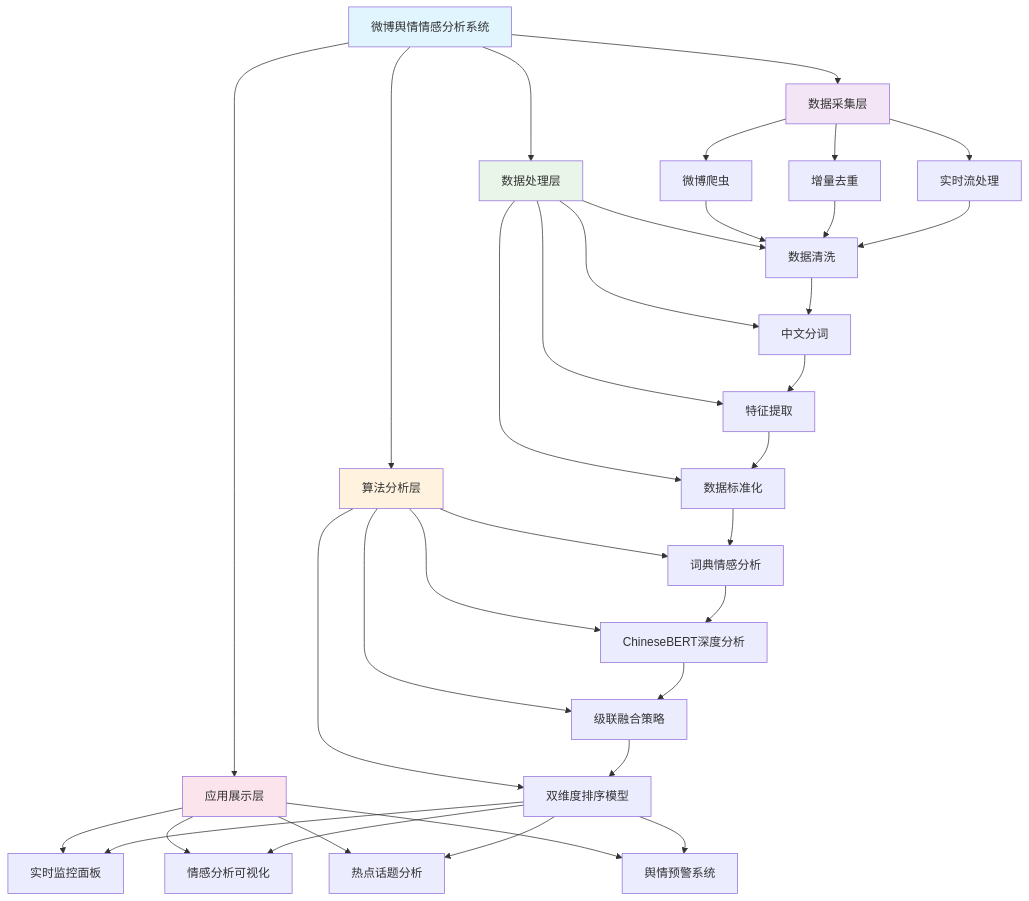
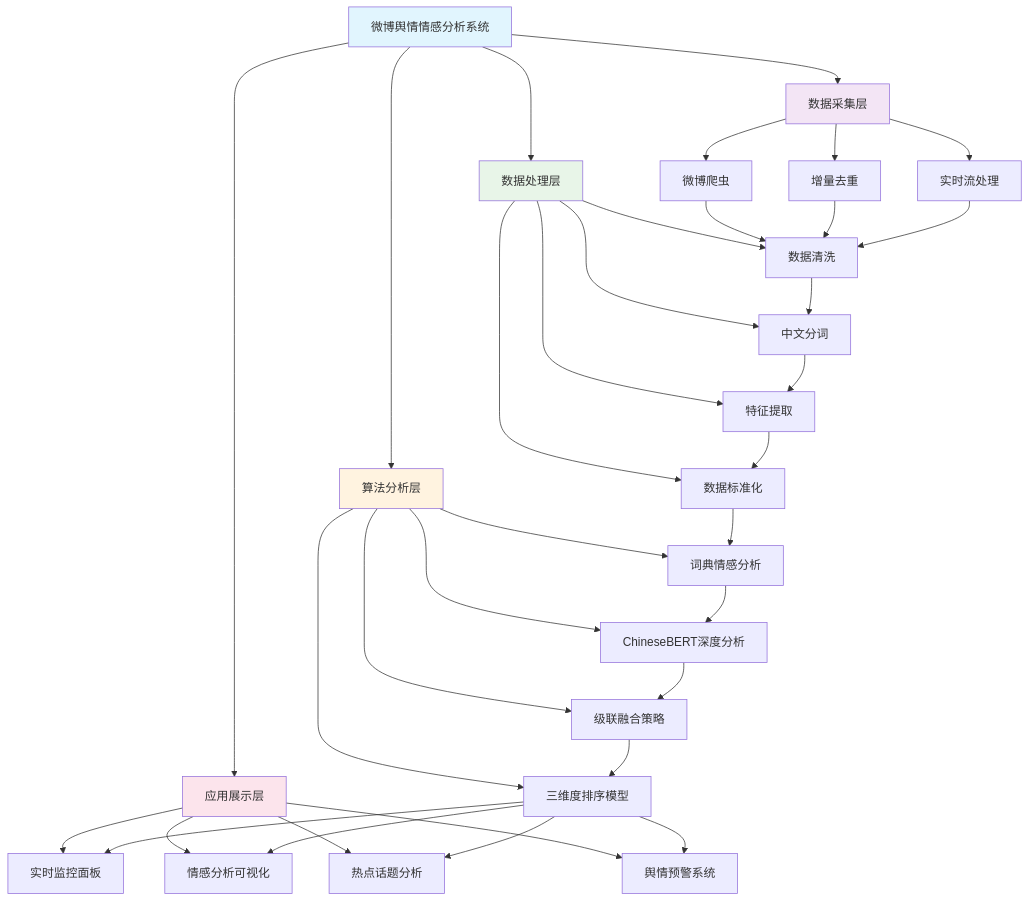
The first of 2 diagrams in docs/thesis-diagrams/chapter-1-introduction.md (MOST951/Graduation-Design), drawn with Mermaid before and after one commit. The commit also changed other lines of this file and 143 other files, not shown here.

````diff
--- a/docs/thesis-diagrams/chapter-1-introduction.md
+++ b/docs/thesis-diagrams/chapter-1-introduction.md
@@ -5,47 +5,47 @@
 ```mermaid
 graph TD
     A[微博舆情情感分析系统] --> B[数据采集层]
     A --> C[数据处理层]
     A --> D[算法分析层]
     A --> E[应用展示层]
     
     B --> B1[微博爬虫]
     B --> B2[增量去重]
     B --> B3[实时流处理]
     
     C --> C1[数据清洗]
     C --> C2[中文分词]
     C --> C3[特征提取]
     C --> C4[数据标准化]
     
     D --> D1[词典情感分析]
     D --> D2[ChineseBERT深度分析]
     D --> D3[级联融合策略]
-    D --> D4[双维度排序模型]
+    D --> D4[三维度排序模型]
     
     E --> E1[实时监控面板]
     E --> E2[情感分析可视化]
     E --> E3[热点话题分析]
     E --> E4[舆情预警系统]
     
     B1 --> C1
     B2 --> C1
     B3 --> C1
     C1 --> C2
     C2 --> C3
     C3 --> C4
     C4 --> D1
     D1 --> D2
     D2 --> D3
     D3 --> D4
     D4 --> E1
     D4 --> E2
     D4 --> E3
     D4 --> E4
     
     style A fill:#e1f5fe
     style B fill:#f3e5f5
     style C fill:#e8f5e8
     style D fill:#fff3e0
     style E fill:#fce4ec
 ```
````
